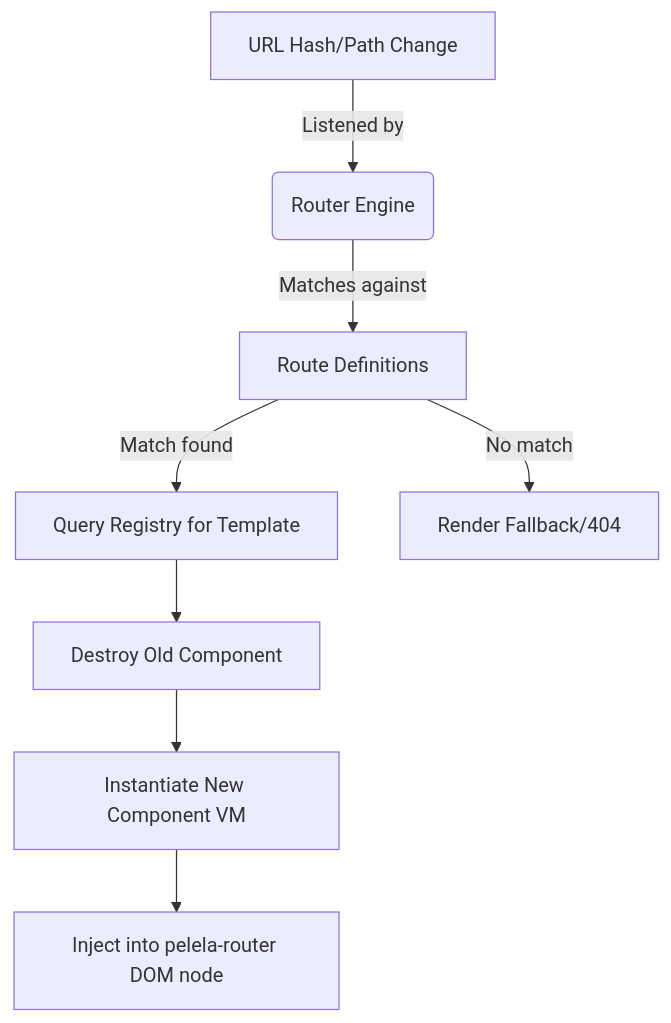
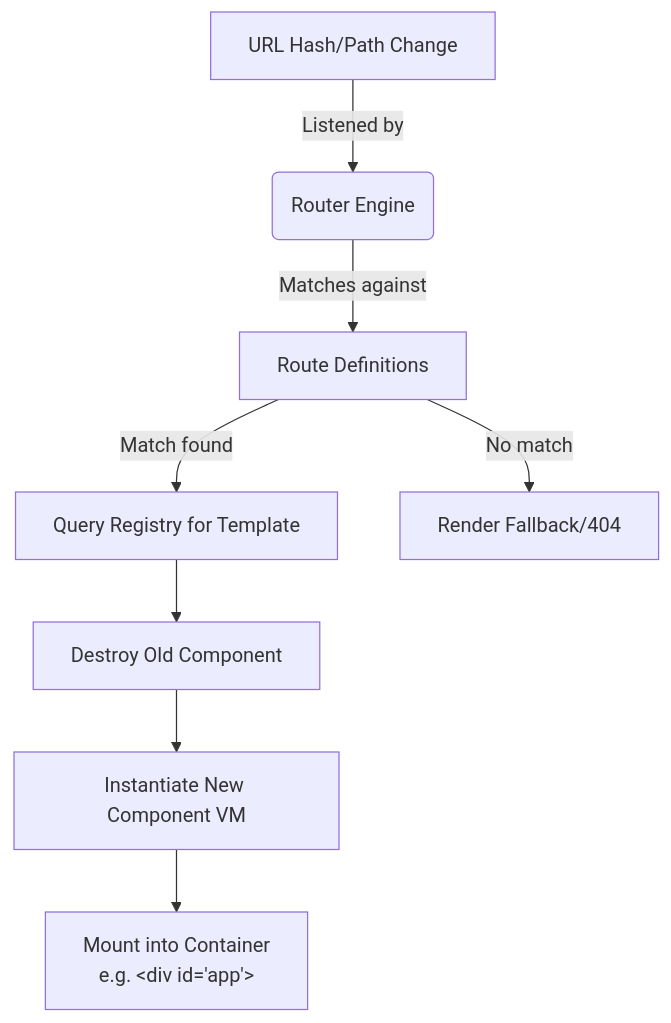
Before and after one commit to uqbar-project/pelelajs: the second of 2 diagrams in docs/core/COMPONENTS_AND_ROUTING.md, drawn with Mermaid. The commit also changed other lines of this file and 6 other files, not shown here.

````diff
--- a/docs/core/COMPONENTS_AND_ROUTING.md
+++ b/docs/core/COMPONENTS_AND_ROUTING.md
@@ -106,10 +106,10 @@
 ```mermaid
 graph TD
     A[URL Hash/Path Change] -->|Listened by| B(Router Engine)
     B -->|Matches against| C[Route Definitions]
     C -->|Match found| D[Query Registry for Template]
     D --> E[Destroy Old Component]
     E --> F[Instantiate New Component VM]
-    F --> G[Inject into pelela-router DOM node]
+    F --> G[Mount into Container<br/>e.g. &lt;div id='app'&gt;]
     C -->|No match| H[Render Fallback/404]
 ```
````
